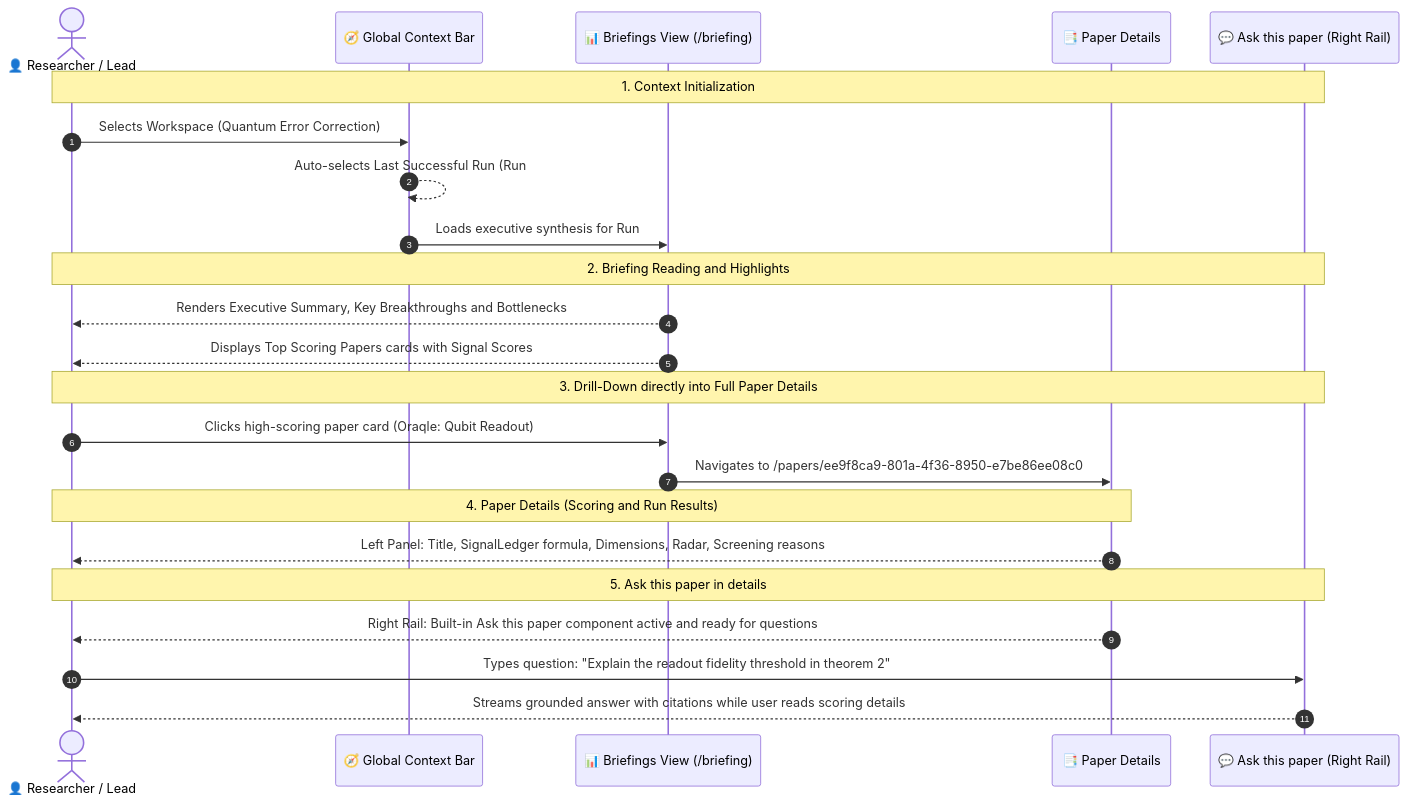
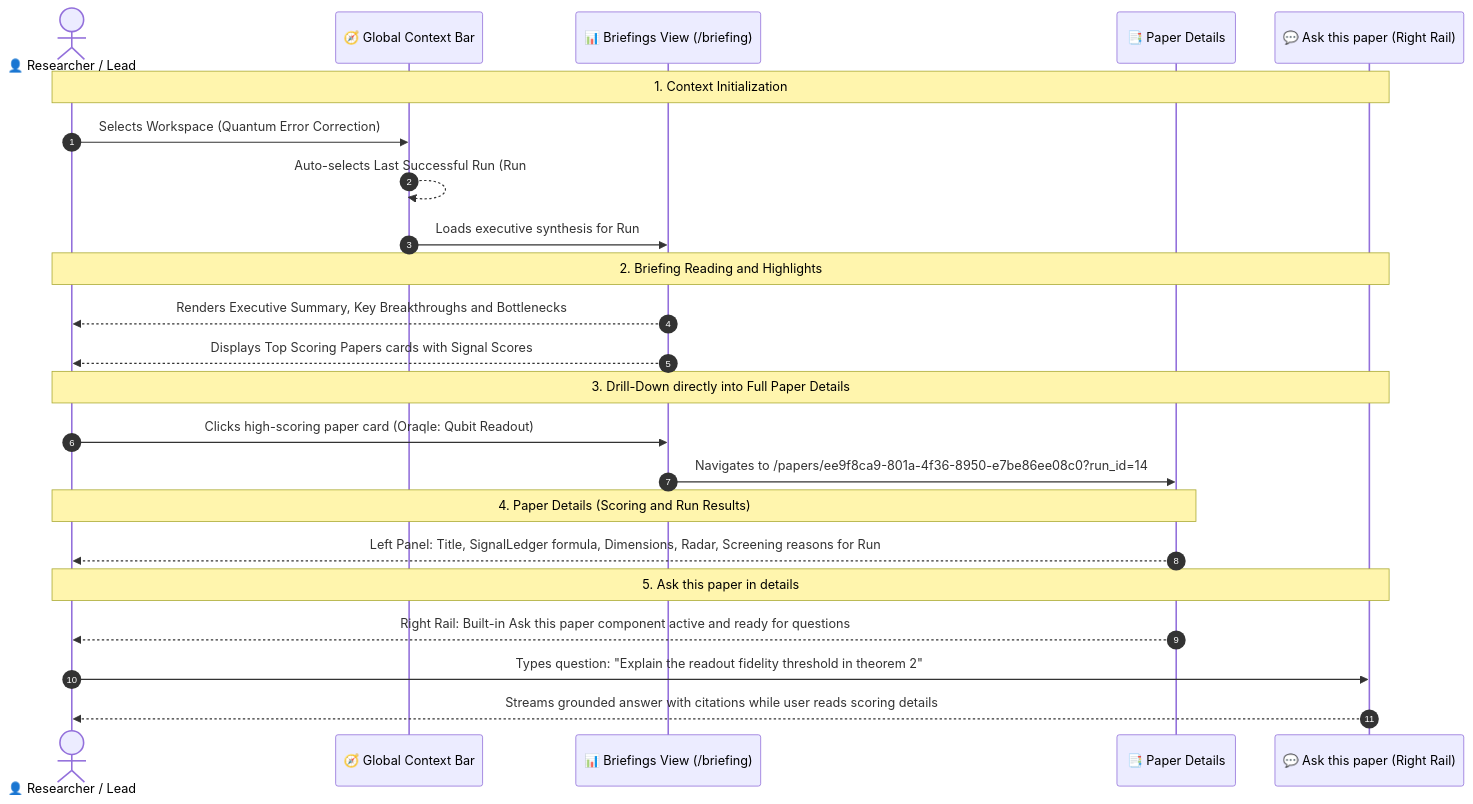
Before and after one commit to p4ku/research-intelligence: the first of 6 diagrams in docs/user_journeys/stage_2_user_journeys.md, drawn with Mermaid. The commit also changed other lines of this file, not shown here.

Commit message:
docs: differentiate backend AI in ask diagram, rename to Chat History, and specify explicit Run Context architecture across all routes

````diff
--- a/docs/user_journeys/stage_2_user_journeys.md
+++ b/docs/user_journeys/stage_2_user_journeys.md
@@ -74,30 +75,30 @@
 ```mermaid
 sequenceDiagram
     autonumber
     actor User as 👤 Researcher / Lead
     participant TopBar as 🧭 Global Context Bar
     participant BriefingUI as 📊 Briefings View (/briefing)
     participant DetailsPage as 📑 Paper Details
     participant PaperChat as 💬 Ask this paper (Right Rail)
 
     Note over User,PaperChat: 1. Context Initialization
     User->>TopBar: Selects Workspace (Quantum Error Correction)
     TopBar-->>TopBar: Auto-selects Last Successful Run (Run #14)
     TopBar->>BriefingUI: Loads executive synthesis for Run #14
 
     Note over User,PaperChat: 2. Briefing Reading and Highlights
     BriefingUI-->>User: Renders Executive Summary, Key Breakthroughs and Bottlenecks
     BriefingUI-->>User: Displays Top Scoring Papers cards with Signal Scores
 
     Note over User,PaperChat: 3. Drill-Down directly into Full Paper Details
     User->>BriefingUI: Clicks high-scoring paper card (Oraqle: Qubit Readout)
-    BriefingUI->>DetailsPage: Navigates to /papers/ee9f8ca9-801a-4f36-8950-e7be86ee08c0
+    BriefingUI->>DetailsPage: Navigates to /papers/ee9f8ca9-801a-4f36-8950-e7be86ee08c0?run_id=14
 
     Note over User,DetailsPage: 4. Paper Details (Scoring and Run Results)
-    DetailsPage-->>User: Left Panel: Title, SignalLedger formula, Dimensions, Radar, Screening reasons
+    DetailsPage-->>User: Left Panel: Title, SignalLedger formula, Dimensions, Radar, Screening reasons for Run #14
 
     Note over User,PaperChat: 5. Ask this paper in details
     DetailsPage-->>User: Right Rail: Built-in Ask this paper component active and ready for questions
     User->>PaperChat: Types question: "Explain the readout fidelity threshold in theorem 2"
     PaperChat-->>User: Streams grounded answer with citations while user reads scoring details
 ```
````
